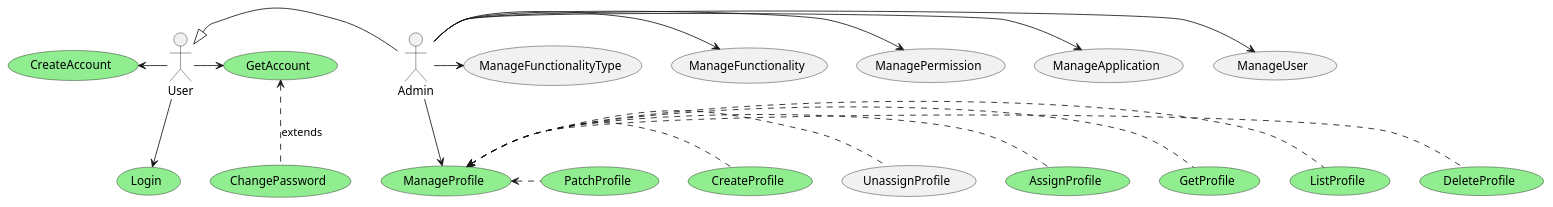
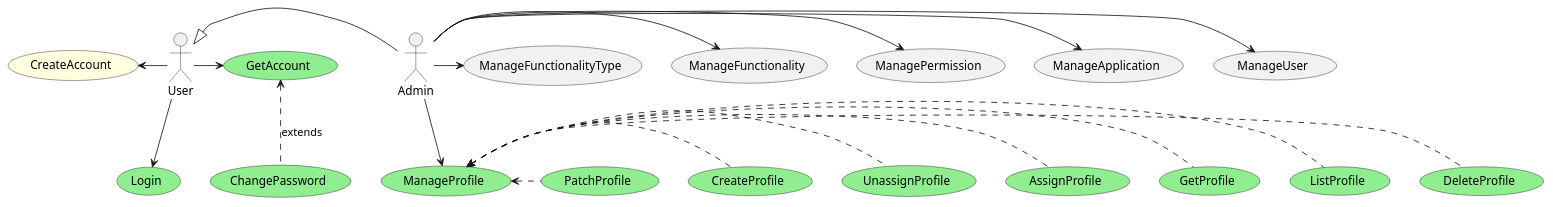
The diagram in documentation/UseCase.iam.puml (zehgreven/nutri-be-ddd-ca), drawn with PlantUML before and after one commit. The commit also changed 6 other files, not shown here.

Commit message:
Created UnassignProfile

```diff
--- a/documentation/UseCase.iam.puml
+++ b/documentation/UseCase.iam.puml
@@ -1,40 +1,41 @@
 @startuml Use Case
 
 actor User
 actor Admin
 
-usecase CreateAccount #LightGreen
+usecase CreateAccount #LightYellow
 usecase Login #LightGreen
 usecase GetAccount #LightGreen
 usecase ChangePassword #LightGreen
 usecase CreateProfile #LightGreen
 usecase GetProfile #LightGreen
 usecase PatchProfile #LightGreen
 usecase ListProfile #LightGreen
 usecase DeleteProfile #LightGreen
 usecase AssignProfile #LightGreen
+usecase UnassignProfile #LightGreen
 usecase ManageProfile #LightGreen
 
 User <|-r- Admin
 
 User -l-> (CreateAccount) 
 User -r-> (GetAccount)
 (GetAccount) <.d. (ChangePassword) : extends
 User -d-> (Login)
 
 Admin --> (ManageProfile) 
 (ManageProfile) <.r. (AssignProfile) 
 (ManageProfile) <.r. (UnassignProfile) 
 (ManageProfile) <.r. (CreateProfile) 
 (ManageProfile) <.r. (PatchProfile) 
 (ManageProfile) <.r. (DeleteProfile) 
 (ManageProfile) <.r. (ListProfile) 
 (ManageProfile) <.r. (GetProfile) 
 
 Admin -r-> (ManageUser) 
 Admin -r-> (ManageApplication) 
 Admin -r-> (ManagePermission) 
 Admin -r-> (ManageFunctionality) 
 Admin -r-> (ManageFunctionalityType) 
 
 @enduml
```
